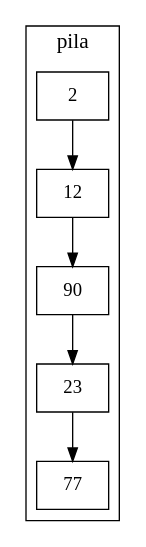
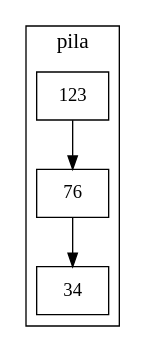
Before and after one commit to jossiebk/Practica2s12017_201313692: the diagram in Estructuras/Reporte/pila.dot, drawn with Graphviz. The commit also changed 14 other files, not shown here.

```diff
--- a/Estructuras/Reporte/pila.dot
+++ b/Estructuras/Reporte/pila.dot
@@ -1,11 +1,9 @@
 digraph Pila{
 	 node[shape=record];
 	 subgraph clusterPila {
 	 label= "pila";
 	 fontsize = 16;
-	2->12
-	12->90
-	90->23
-	23->77
+	123->76
+	76->34
 	 } 
 }
```
